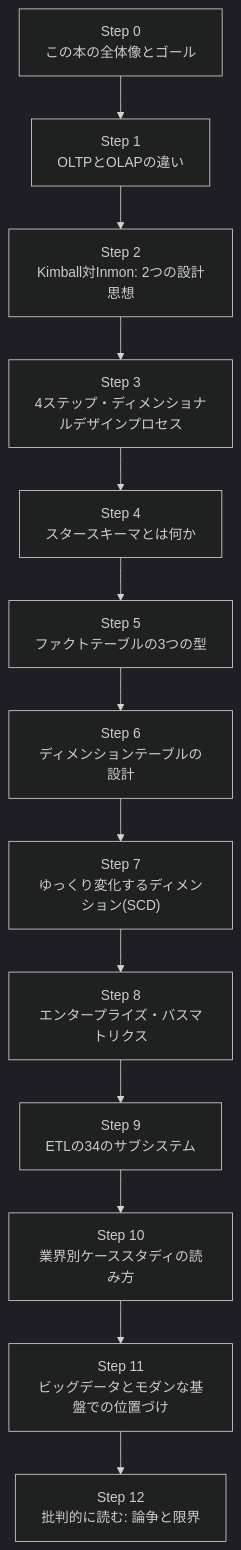
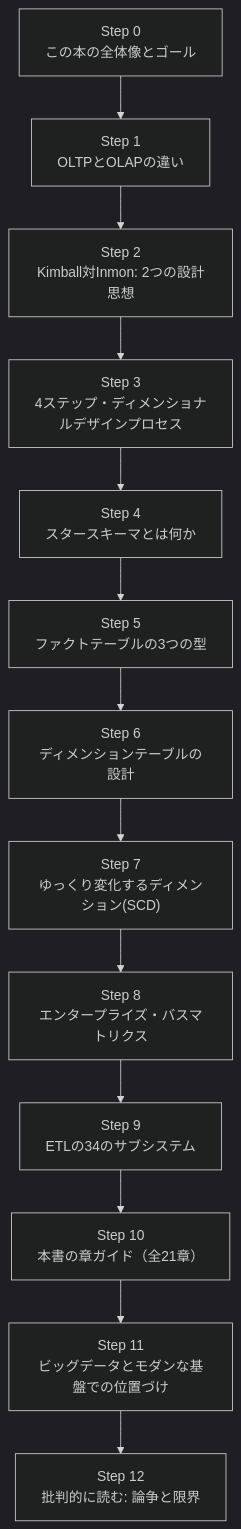
One commit to myoshi2891/Software-Design-and-Architecture changed the first of 11 diagrams in Data-warehouse-toolkit-guide.md. Above: the diagram before and after it, drawn with Mermaid (dark theme). The commit also changed other lines of this file, not shown here.

````diff
--- a/Data-warehouse-toolkit-guide.md
+++ b/Data-warehouse-toolkit-guide.md
@@ -67,15 +71,15 @@
 ```mermaid
 flowchart TB
     A["Step 0<br/>この本の全体像とゴール"] --> B["Step 1<br/>OLTPとOLAPの違い"]
     B --> C["Step 2<br/>Kimball対Inmon: 2つの設計思想"]
     C --> D["Step 3<br/>4ステップ・ディメンショナルデザインプロセス"]
     D --> E["Step 4<br/>スタースキーマとは何か"]
     E --> F["Step 5<br/>ファクトテーブルの3つの型"]
     F --> G["Step 6<br/>ディメンションテーブルの設計"]
     G --> H["Step 7<br/>ゆっくり変化するディメンション(SCD)"]
     H --> I["Step 8<br/>エンタープライズ・バスマトリクス"]
     I --> J["Step 9<br/>ETLの34のサブシステム"]
-    J --> K["Step 10<br/>業界別ケーススタディの読み方"]
+    J --> K["Step 10<br/>本書の章ガイド（全21章）"]
     K --> L["Step 11<br/>ビッグデータとモダンな基盤での位置づけ"]
     L --> M["Step 12<br/>批判的に読む: 論争と限界"]
 ```
````
